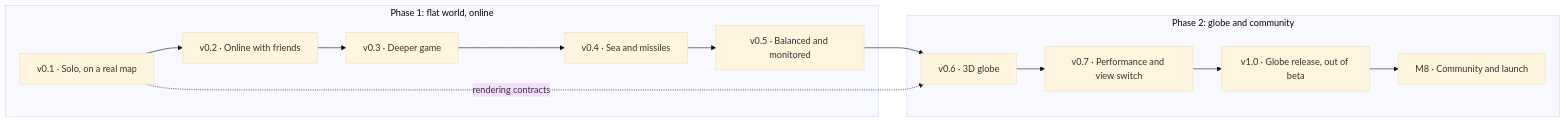
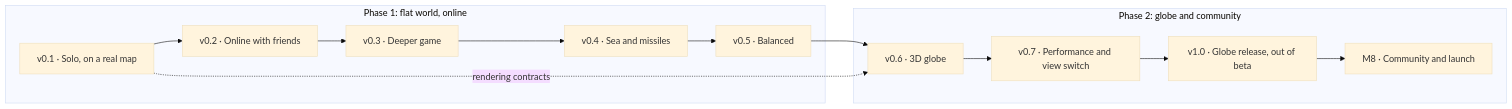
Before and after one commit to MohammadBnei/frontfall: the diagram in docs/roadmap.md, drawn with Mermaid (base theme). The commit also changed other lines of this file, not shown here.

First line of the commit message:
docs(roadmap): review the plan after v0.2

````diff
--- a/docs/roadmap.md
+++ b/docs/roadmap.md
@@ -25,18 +27,18 @@
 ```mermaid
 flowchart LR
   subgraph P1["Phase 1: flat world, online"]
     V01["v0.1 · Solo, on a real map"]
     V02["v0.2 · Online with friends"]
     V03["v0.3 · Deeper game"]
     V04["v0.4 · Sea and missiles"]
-    V05["v0.5 · Balanced and monitored"]
+    V05["v0.5 · Balanced"]
   end
   subgraph P2["Phase 2: globe and community"]
     V06["v0.6 · 3D globe"]
     V07["v0.7 · Performance and view switch"]
     V10["v1.0 · Globe release, out of beta"]
     M8["M8 · Community and launch"]
   end
   V01 --> V02 --> V03 --> V04 --> V05 --> V06 --> V07 --> V10 --> M8
   V01 -. "rendering contracts" .-> V06
 ```
````
